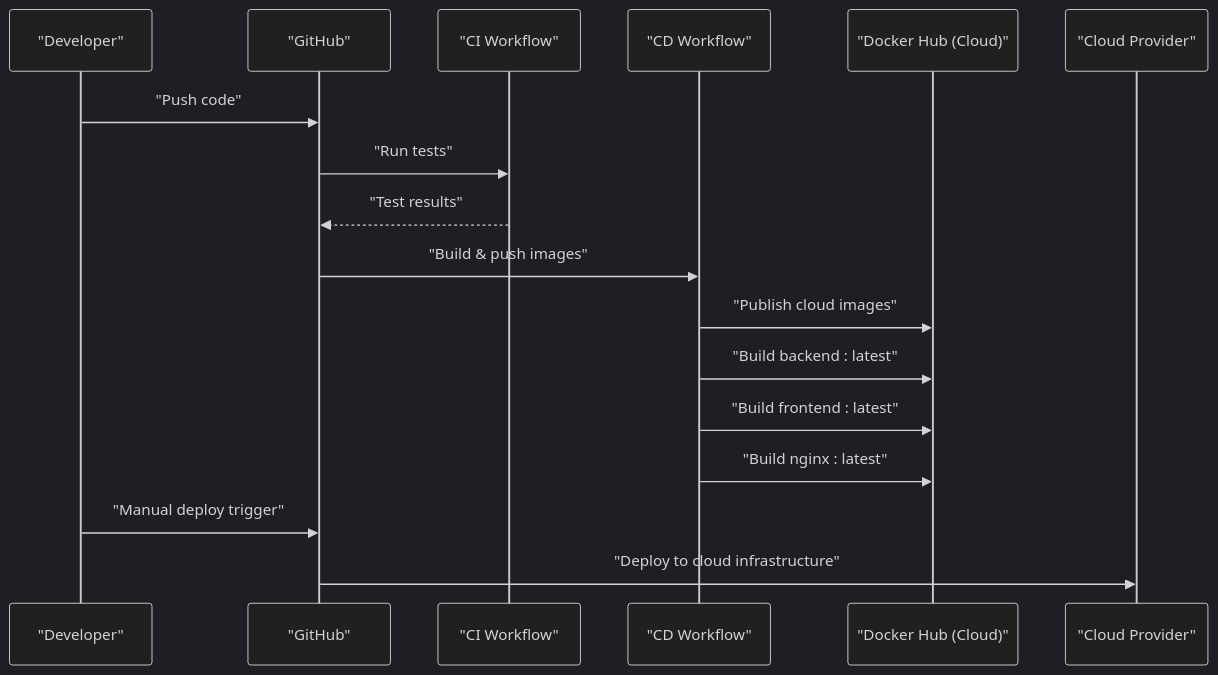
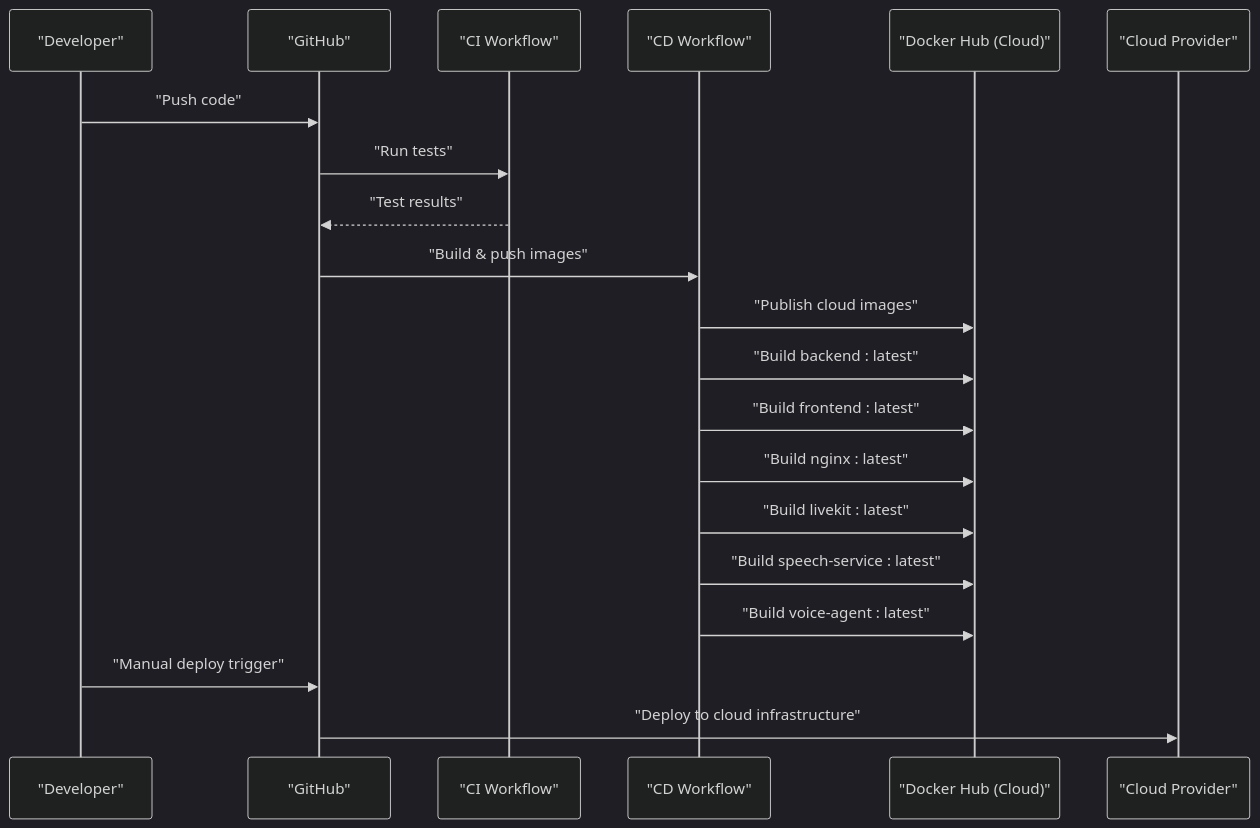
Diagram 12 of 15 in .qoder/repowiki/en/content/Deployment & DevOps/Deployment & DevOps.md (Revanththetalogics/aireume), drawn with Mermaid (dark theme) before and after one commit. The commit also changed other lines of this file and 39 other files, not shown here.

````diff
--- a/.qoder/repowiki/en/content/Deployment & DevOps/Deployment & DevOps.md
+++ b/.qoder/repowiki/en/content/Deployment & DevOps/Deployment & DevOps.md
@@ -416,19 +595,22 @@
 ```mermaid
 sequenceDiagram
 participant Dev as "Developer"
 participant GH as "GitHub"
 participant CI as "CI Workflow"
 participant CD as "CD Workflow"
 participant Hub as "Docker Hub (Cloud)"
 participant Cloud as "Cloud Provider"
 Dev->>GH : "Push code"
 GH->>CI : "Run tests"
 CI-->>GH : "Test results"
 GH->>CD : "Build & push images"
 CD->>Hub : "Publish cloud images"
 CD->>Hub : "Build backend : latest"
 CD->>Hub : "Build frontend : latest"
 CD->>Hub : "Build nginx : latest"
+CD->>Hub : "Build livekit : latest"
+CD->>Hub : "Build speech-service : latest"
+CD->>Hub : "Build voice-agent : latest"
 Dev->>GH : "Manual deploy trigger"
 GH->>Cloud : "Deploy to cloud infrastructure"
 ```
````
